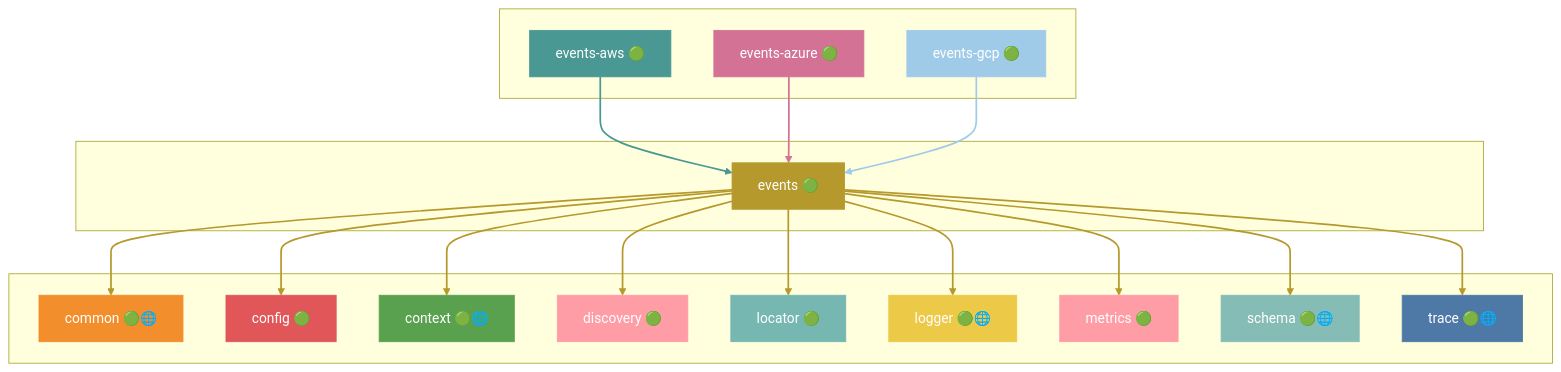
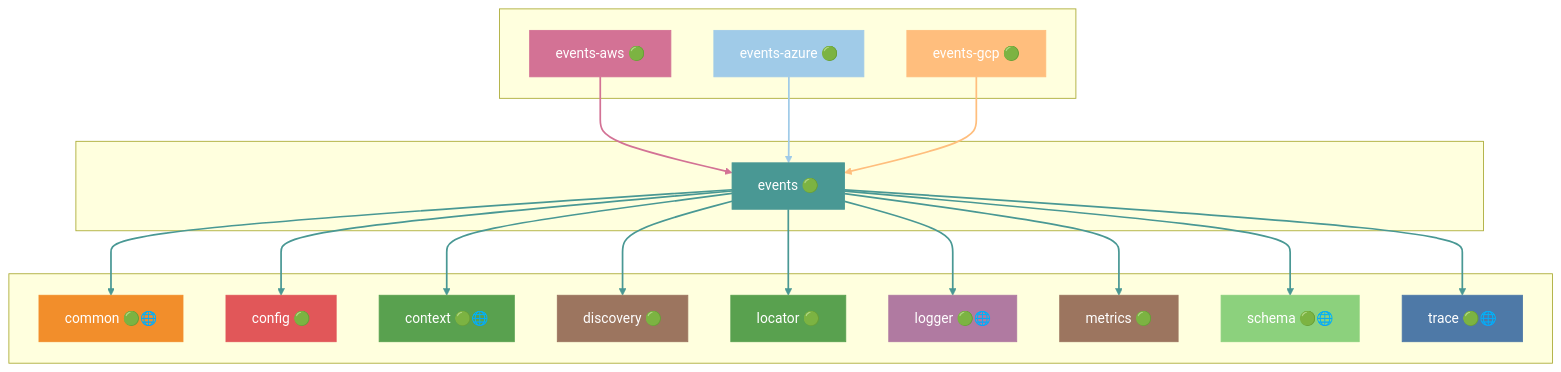
One commit to grest-ts/grest-ts changed diagram 15 of 41 in docs/DEPENDENCIES.md. Above: the diagram before and after it, drawn with Mermaid. The commit also changed other lines of this file and 29 other files, not shown here.

````diff
--- a/docs/DEPENDENCIES.md
+++ b/docs/DEPENDENCIES.md
@@ -785,59 +795,59 @@
 ```mermaid
 flowchart TB
     subgraph Dependents[" "]
         events-aws["events-aws 🟢"]
         events-azure["events-azure 🟢"]
         events-gcp["events-gcp 🟢"]
     end
     subgraph Package[" "]
         events["events 🟢"]
     end
     subgraph Dependencies[" "]
         common["common 🟢🌐"]
         config["config 🟢"]
         context["context 🟢🌐"]
         discovery["discovery 🟢"]
         locator["locator 🟢"]
         logger["logger 🟢🌐"]
         metrics["metrics 🟢"]
         schema["schema 🟢🌐"]
         trace["trace 🟢🌐"]
     end
     events-aws --> events
     events-azure --> events
     events-gcp --> events
     events --> common
     events --> config
     events --> context
     events --> discovery
     events --> locator
     events --> logger
     events --> metrics
     events --> schema
     events --> trace
-    style events fill:#B6992D,stroke:#B6992D,color:#fff
-    style events-aws fill:#499894,stroke:#499894,color:#fff
-    style events-azure fill:#D37295,stroke:#D37295,color:#fff
-    style events-gcp fill:#A0CBE8,stroke:#A0CBE8,color:#fff
+    style events fill:#499894,stroke:#499894,color:#fff
+    style events-aws fill:#D37295,stroke:#D37295,color:#fff
+    style events-azure fill:#A0CBE8,stroke:#A0CBE8,color:#fff
+    style events-gcp fill:#FFBE7D,stroke:#FFBE7D,color:#fff
     style common fill:#F28E2B,stroke:#F28E2B,color:#fff
     style config fill:#E15759,stroke:#E15759,color:#fff
     style context fill:#59A14F,stroke:#59A14F,color:#fff
-    style discovery fill:#FF9DA7,stroke:#FF9DA7,color:#fff
-    style locator fill:#76B7B2,stroke:#76B7B2,color:#fff
-    style logger fill:#EDC948,stroke:#EDC948,color:#fff
-    style metrics fill:#FF9DA7,stroke:#FF9DA7,color:#fff
-    style schema fill:#86BCB6,stroke:#86BCB6,color:#fff
+    style discovery fill:#9C755F,stroke:#9C755F,color:#fff
+    style locator fill:#59A14F,stroke:#59A14F,color:#fff
+    style logger fill:#B07AA1,stroke:#B07AA1,color:#fff
+    style metrics fill:#9C755F,stroke:#9C755F,color:#fff
+    style schema fill:#8CD17D,stroke:#8CD17D,color:#fff
     style trace fill:#4E79A7,stroke:#4E79A7,color:#fff
-    linkStyle 0 stroke:#499894,stroke-width:2px
-    linkStyle 1 stroke:#D37295,stroke-width:2px
-    linkStyle 2 stroke:#A0CBE8,stroke-width:2px
-    linkStyle 3 stroke:#B6992D,stroke-width:2px
-    linkStyle 4 stroke:#B6992D,stroke-width:2px
-    linkStyle 5 stroke:#B6992D,stroke-width:2px
-    linkStyle 6 stroke:#B6992D,stroke-width:2px
-    linkStyle 7 stroke:#B6992D,stroke-width:2px
-    linkStyle 8 stroke:#B6992D,stroke-width:2px
-    linkStyle 9 stroke:#B6992D,stroke-width:2px
-    linkStyle 10 stroke:#B6992D,stroke-width:2px
-    linkStyle 11 stroke:#B6992D,stroke-width:2px
+    linkStyle 0 stroke:#D37295,stroke-width:2px
+    linkStyle 1 stroke:#A0CBE8,stroke-width:2px
+    linkStyle 2 stroke:#FFBE7D,stroke-width:2px
+    linkStyle 3 stroke:#499894,stroke-width:2px
+    linkStyle 4 stroke:#499894,stroke-width:2px
+    linkStyle 5 stroke:#499894,stroke-width:2px
+    linkStyle 6 stroke:#499894,stroke-width:2px
+    linkStyle 7 stroke:#499894,stroke-width:2px
+    linkStyle 8 stroke:#499894,stroke-width:2px
+    linkStyle 9 stroke:#499894,stroke-width:2px
+    linkStyle 10 stroke:#499894,stroke-width:2px
+    linkStyle 11 stroke:#499894,stroke-width:2px
 ```
````
